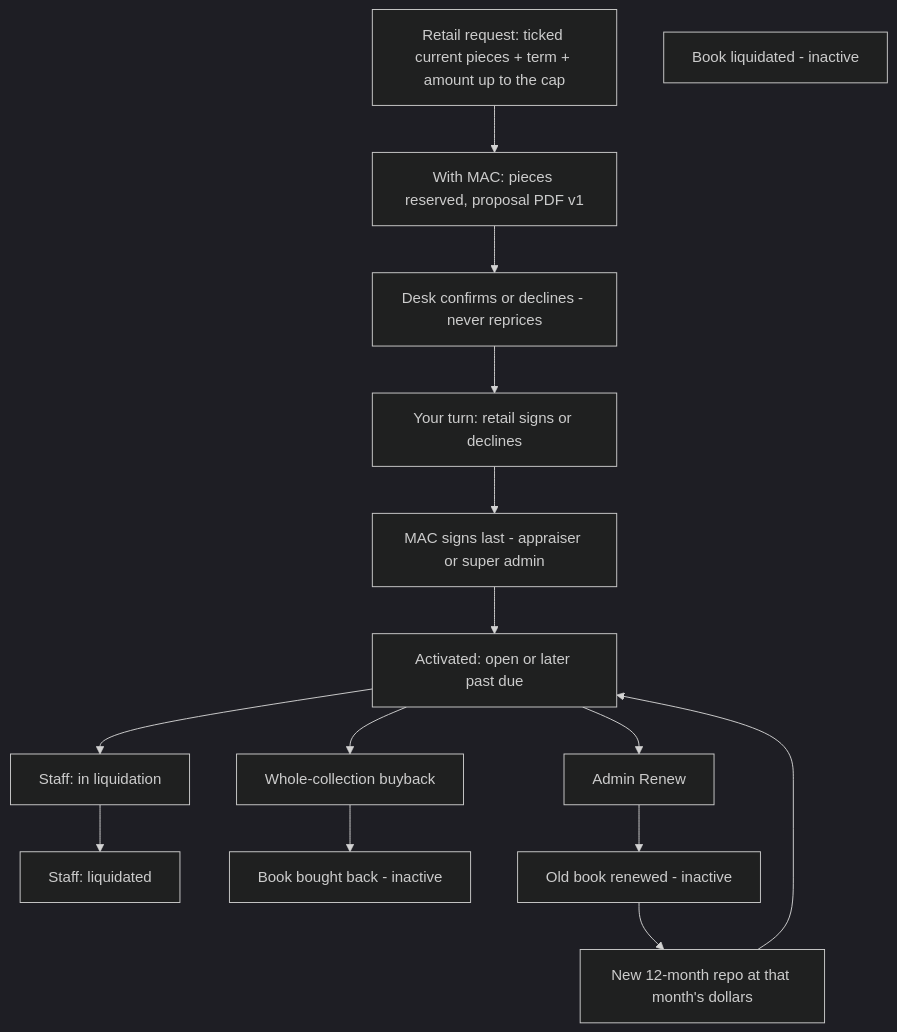
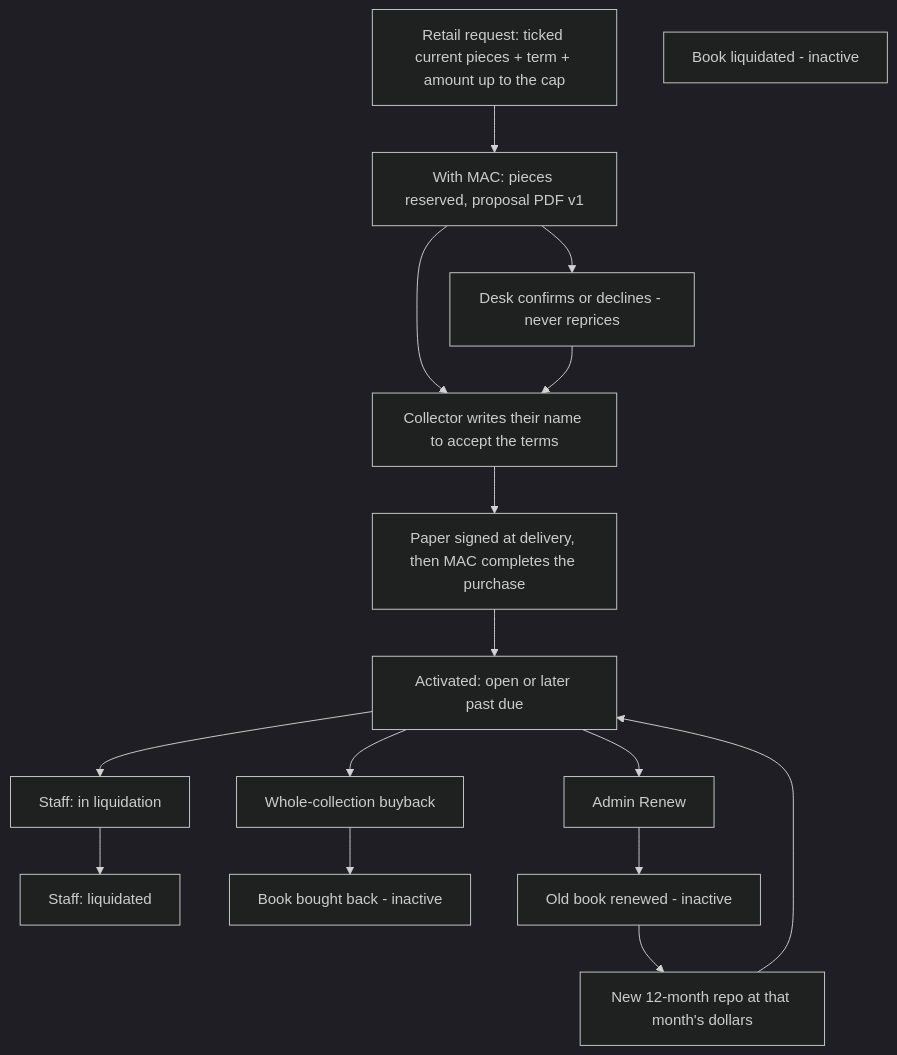
Before and after one commit to KIT-Capital/mac-app: the third of 4 diagrams in docs/workflows.md, drawn with Mermaid (dark theme). The commit also changed other lines of this file and 10 other files, not shown here.

First line of the commit message:
Let the collector accept the terms by writing their name. (#100)

````diff
--- a/docs/workflows.md
+++ b/docs/workflows.md
@@ -111,31 +111,32 @@
 ```mermaid
 flowchart TD
   apply[Retail request: ticked current pieces + term + amount up to the cap]
   draft[With MAC: pieces reserved, proposal PDF v1]
   checks[Desk confirms or declines - never reprices]
-  seller[Your turn: retail signs or declines]
-  mac[MAC signs last - appraiser or super admin]
+  seller[Collector writes their name to accept the terms]
+  mac[Paper signed at delivery, then MAC completes the purchase]
   active[Activated: open or later past due]
   buy[Whole-collection buyback]
   liqStart[Staff: in liquidation]
   liqDone[Staff: liquidated]
   renew[Admin Renew]
   doneBuy[Book bought back - inactive]
   doneLiq[Book liquidated - inactive]
   doneRen[Old book renewed - inactive]
   newRepo[New 12-month repo at that month's dollars]
 
   apply --> draft
+  draft --> seller
   draft --> checks
   checks --> seller
   seller --> mac
   mac --> active
   active --> buy
   active --> liqStart
   active --> renew
   buy --> doneBuy
   liqStart --> liqDone
   renew --> doneRen
   doneRen --> newRepo
   newRepo --> active
 ```
````
